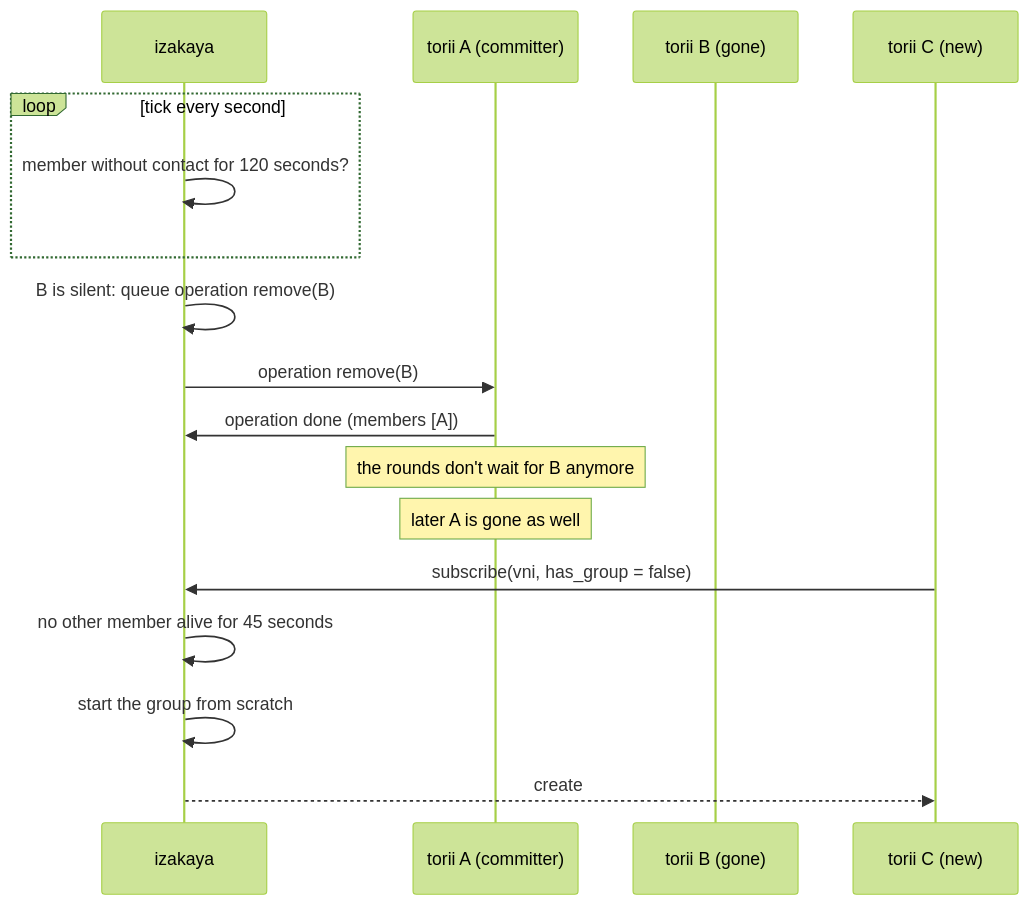
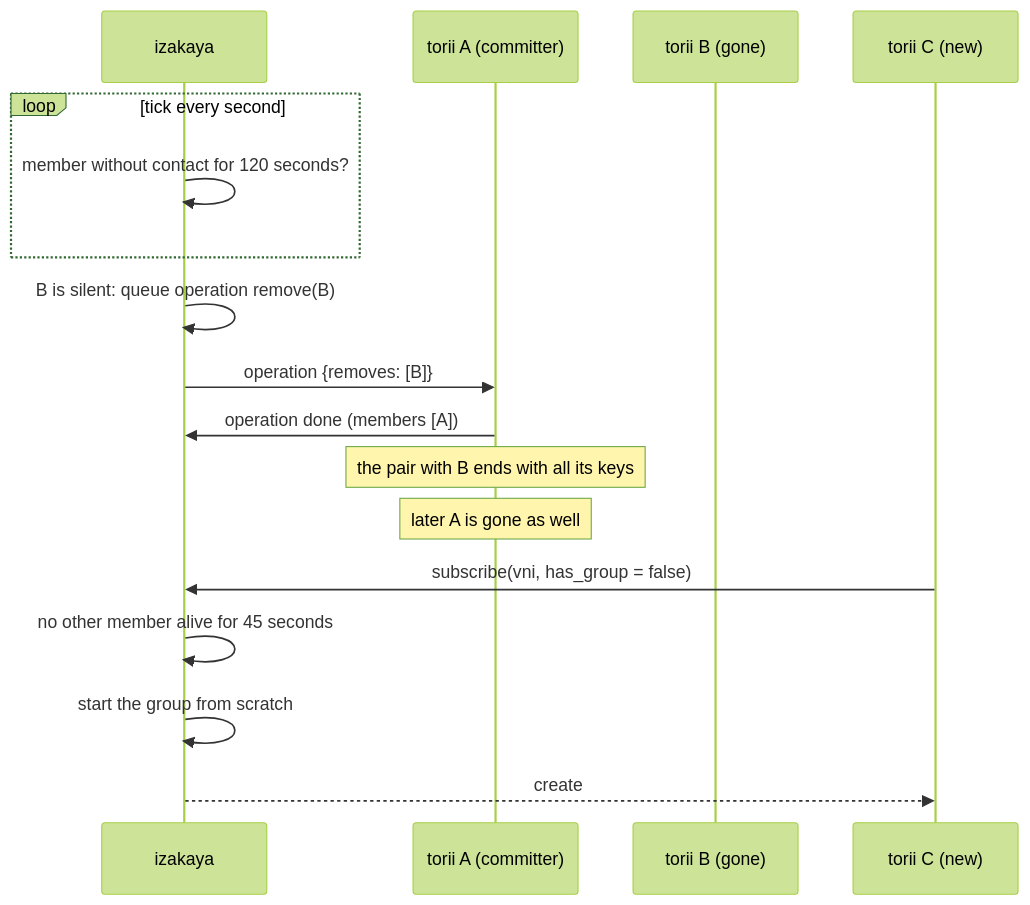
Before and after one commit to kitsudaiki/ainari: diagram 17 of 20 in docs/developer/sequence_diagrams/network_crypto_key_exchange.md, drawn with Mermaid (forest theme). The commit also changed other lines of this file and 3 other files, not shown here.

````diff
--- a/docs/developer/sequence_diagrams/network_crypto_key_exchange.md
+++ b/docs/developer/sequence_diagrams/network_crypto_key_exchange.md
@@ -594,21 +647,21 @@
 ```mermaid
 sequenceDiagram
     participant I as izakaya
     participant TA as torii A (committer)
     participant TB as torii B (gone)
     participant TC as torii C (new)
 
     loop tick every second
         I->>I: member without contact for 120 seconds?
     end
     I->>I: B is silent: queue operation remove(B)
-    I->>TA: operation remove(B)
+    I->>TA: operation {removes: [B]}
     TA->>I: operation done (members [A])
-    Note over TA: the rounds don't wait for B anymore
+    Note over TA: the pair with B ends with all its keys
 
     Note over TA: later A is gone as well
     TC->>I: subscribe(vni, has_group = false)
     I->>I: no other member alive for 45 seconds
     I->>I: start the group from scratch
     I-->>TC: create
 ```
````
